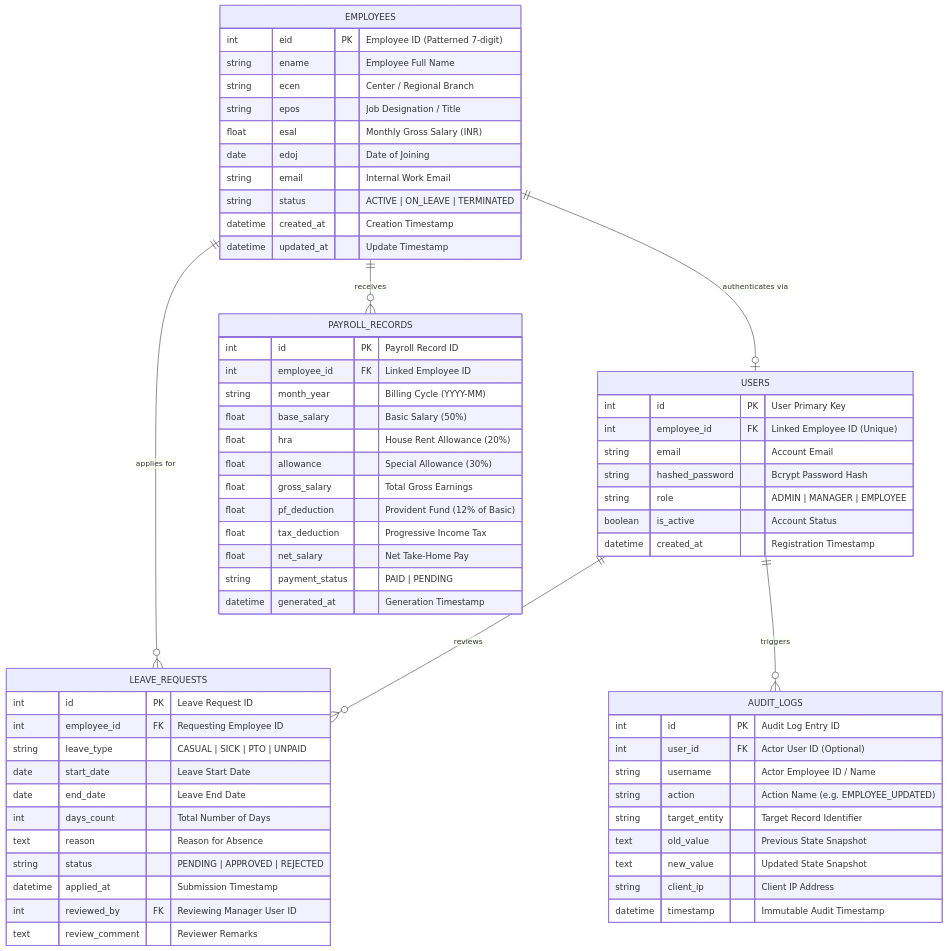
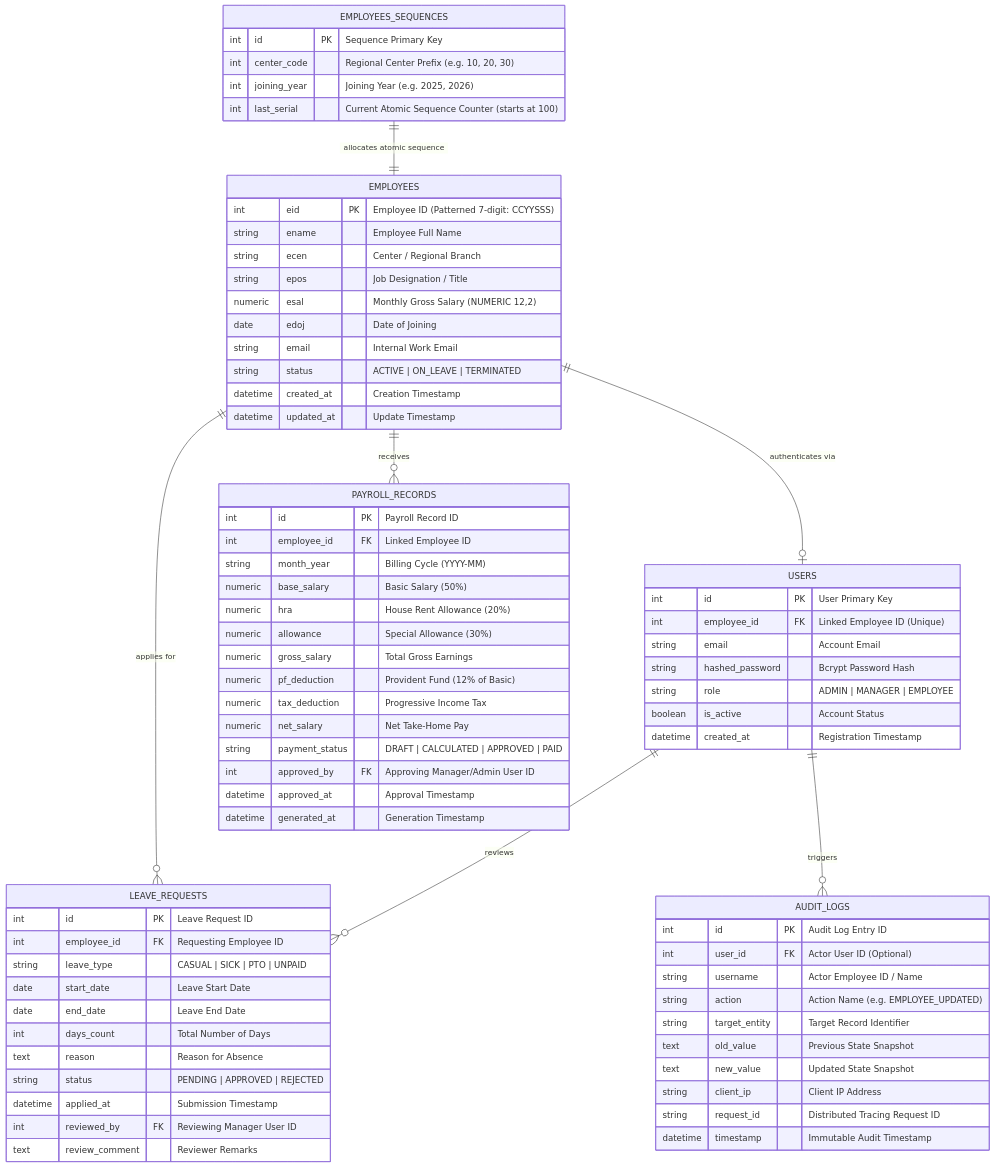
Before and after one commit to sohan1saha/employee-management: the second of 2 diagrams in README.md, drawn with Mermaid. The commit also changed other lines of this file, not shown here.

Commit message:
docs(readme): upgrade documentation to 10.0 Sovereign production grade with Kubernetes manifests, OpenMetrics telemetry, and comprehensive architectural blueprints

````diff
--- a/README.md
+++ b/README.md
@@ -187,13 +173,14 @@
     EMPLOYEES ||--o{ LEAVE_REQUESTS : "applies for"
     USERS ||--o{ LEAVE_REQUESTS : "reviews"
     USERS ||--o{ AUDIT_LOGS : "triggers"
+    EMPLOYEES_SEQUENCES ||--|| EMPLOYEES : "allocates atomic sequence"
 
     EMPLOYEES {
-        int eid PK "Employee ID (Patterned 7-digit)"
+        int eid PK "Employee ID (Patterned 7-digit: CCYYSSS)"
         string ename "Employee Full Name"
         string ecen "Center / Regional Branch"
         string epos "Job Designation / Title"
-        float esal "Monthly Gross Salary (INR)"
+        numeric esal "Monthly Gross Salary (NUMERIC 12,2)"
         date edoj "Date of Joining"
         string email "Internal Work Email"
         string status "ACTIVE | ON_LEAVE | TERMINATED"
@@ -215,14 +202,16 @@
         int id PK "Payroll Record ID"
         int employee_id FK "Linked Employee ID"
         string month_year "Billing Cycle (YYYY-MM)"
-        float base_salary "Basic Salary (50%)"
-        float hra "House Rent Allowance (20%)"
-        float allowance "Special Allowance (30%)"
-        float gross_salary "Total Gross Earnings"
-        float pf_deduction "Provident Fund (12% of Basic)"
-        float tax_deduction "Progressive Income Tax"
-        float net_salary "Net Take-Home Pay"
-        string payment_status "PAID | PENDING"
+        numeric base_salary "Basic Salary (50%)"
+        numeric hra "House Rent Allowance (20%)"
+        numeric allowance "Special Allowance (30%)"
+        numeric gross_salary "Total Gross Earnings"
+        numeric pf_deduction "Provident Fund (12% of Basic)"
+        numeric tax_deduction "Progressive Income Tax"
+        numeric net_salary "Net Take-Home Pay"
+        string payment_status "DRAFT | CALCULATED | APPROVED | PAID"
+        int approved_by FK "Approving Manager/Admin User ID"
+        datetime approved_at "Approval Timestamp"
         datetime generated_at "Generation Timestamp"
     }
 
@@ -249,6 +238,14 @@
         text old_value "Previous State Snapshot"
         text new_value "Updated State Snapshot"
         string client_ip "Client IP Address"
+        string request_id "Distributed Tracing Request ID"
         datetime timestamp "Immutable Audit Timestamp"
     }
+
+    EMPLOYEES_SEQUENCES {
+        int id PK "Sequence Primary Key"
+        int center_code "Regional Center Prefix (e.g. 10, 20, 30)"
+        int joining_year "Joining Year (e.g. 2025, 2026)"
+        int last_serial "Current Atomic Sequence Counter (starts at 100)"
+    }
 ```
````
